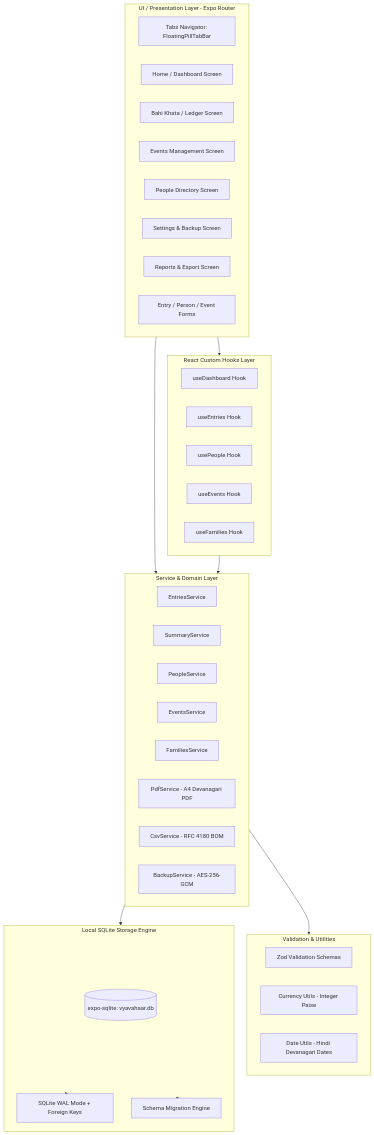
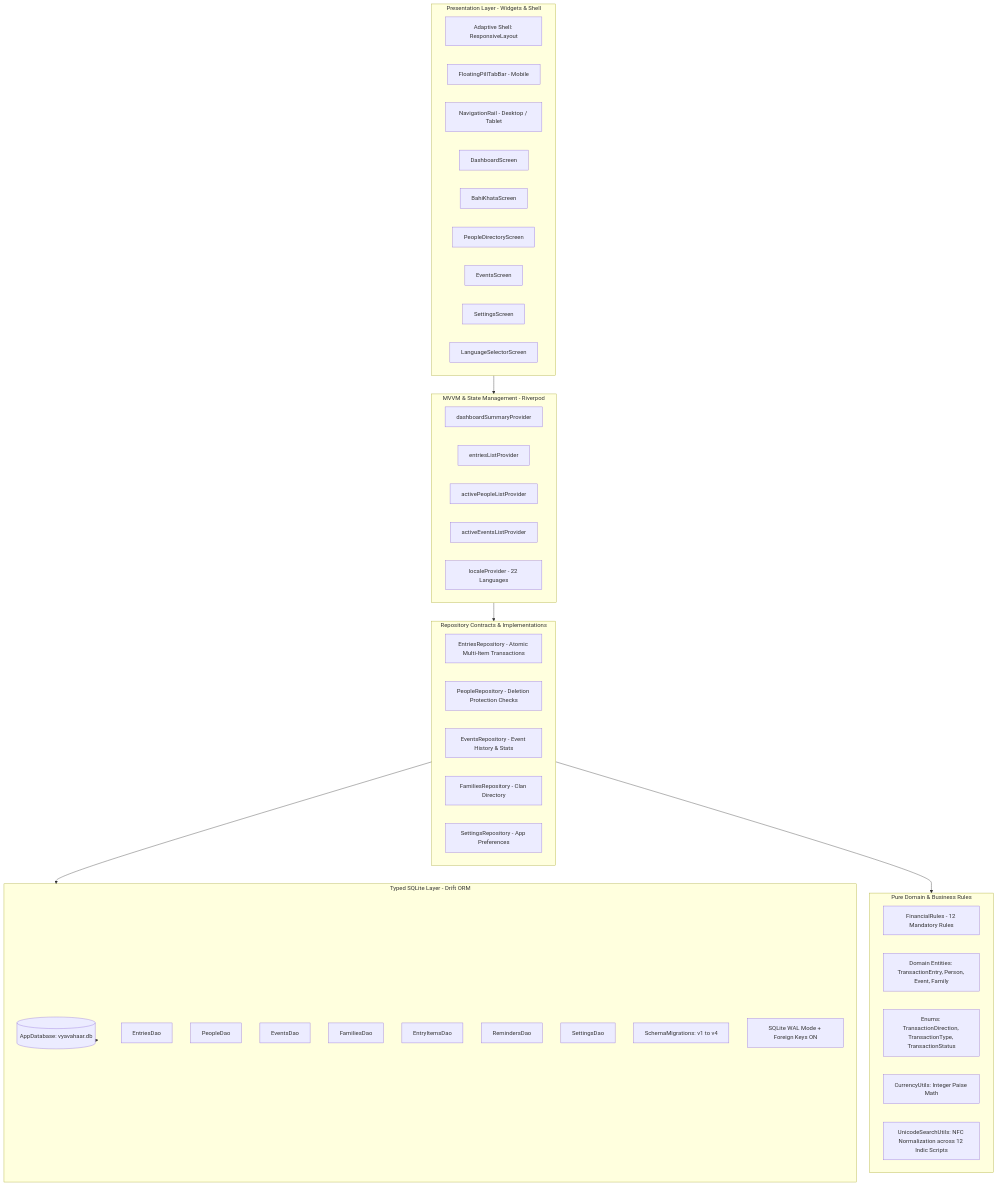
The diagram in docs/ARCHITECTURE.md (igjitendra/Vivah), drawn with Mermaid before and after one commit. The commit also changed other lines of this file and 11 other files, not shown here.

First line of the commit message:
docs(tech-stack): validate tech stack, security architecture, and documentation corrections

````diff
--- a/docs/ARCHITECTURE.md
+++ b/docs/ARCHITECTURE.md
@@ -12,52 +15,57 @@
 ```mermaid
 flowchart TD
-    subgraph UI_Layer [UI / Presentation Layer - Expo Router]
-        Tabs[Tabs Navigator: FloatingPillTabBar]
-        HomeScreen[Home / Dashboard Screen]
-        BahiScreen[Bahi Khata / Ledger Screen]
-        EventsScreen[Events Management Screen]
-        PeopleScreen[People Directory Screen]
-        SettingsScreen[Settings & Backup Screen]
-        ReportsScreen[Reports & Export Screen]
-        Modals[Entry / Person / Event Forms]
+    subgraph Presentation_Layer [Presentation Layer - Widgets & Shell]
+        Shell[Adaptive Shell: ResponsiveLayout]
+        FloatingBar[FloatingPillTabBar - Mobile]
+        Sidebar[NavigationRail - Desktop / Tablet]
+        DashboardView[DashboardScreen]
+        LedgerView[BahiKhataScreen]
+        PeopleView[PeopleDirectoryScreen]
+        EventsView[EventsScreen]
+        SettingsView[SettingsScreen]
+        LangSelector[LanguageSelectorScreen]
     end
 
-    subgraph Hook_Layer [React Custom Hooks Layer]
-        useDashboard[useDashboard Hook]
-        useEntries[useEntries Hook]
-        usePeople[usePeople Hook]
-        useEvents[useEvents Hook]
-        useFamilies[useFamilies Hook]
+    subgraph State_Layer [MVVM & State Management - Riverpod]
+        DashboardNotifier[dashboardSummaryProvider]
+        EntriesNotifier[entriesListProvider]
+        PeopleNotifier[activePeopleListProvider]
+        EventsNotifier[activeEventsListProvider]
+        LocaleNotifier[localeProvider - 22 Languages]
     end
 
-    subgraph Service_Layer [Service & Domain Layer]
-        EntriesService[EntriesService]
-        SummaryService[SummaryService]
-        PeopleService[PeopleService]
-        EventsService[EventsService]
-        FamiliesService[FamiliesService]
-        PdfService[PdfService - A4 Devanagari PDF]
-        CsvService[CsvService - RFC 4180 BOM]
-        BackupService[BackupService - AES-256-GCM]
+    subgraph Domain_Layer [Pure Domain & Business Rules]
+        FinancialRules[FinancialRules - 12 Mandatory Rules]
+        Entities[Domain Entities: TransactionEntry, Person, Event, Family]
+        Enums[Enums: TransactionDirection, TransactionType, TransactionStatus]
+        CurrencyMath[CurrencyUtils: Integer Paise Math]
+        SearchUtils[UnicodeSearchUtils: NFC Normalization across 12 Indic Scripts]
     end
 
-    subgraph Validation_Layer [Validation & Utilities]
-        ZodSchemas[Zod Validation Schemas]
-        CurrencyUtils[Currency Utils - Integer Paise]
-        DateUtils[Date Utils - Hindi Devanagari Dates]
+    subgraph Repository_Layer [Repository Contracts & Implementations]
+        EntriesRepo[EntriesRepository - Atomic Multi-Item Transactions]
+        PeopleRepo[PeopleRepository - Deletion Protection Checks]
+        EventsRepo[EventsRepository - Event History & Stats]
+        FamiliesRepo[FamiliesRepository - Clan Directory]
+        SettingsRepo[SettingsRepository - App Preferences]
     end
 
-    subgraph Data_Layer [Local SQLite Storage Engine]
-        DB[(expo-sqlite: vyavahaar.db)]
-        WAL[SQLite WAL Mode + Foreign Keys]
-        Migrations[Schema Migration Engine]
+    subgraph Data_Layer [Typed SQLite Layer - Drift ORM]
+        AppDb[(AppDatabase: vyavahaar.db)]
+        EntriesDao[EntriesDao]
+        PeopleDao[PeopleDao]
+        EventsDao[EventsDao]
+        FamiliesDao[FamiliesDao]
+        EntryItemsDao[EntryItemsDao]
+        RemindersDao[RemindersDao]
+        SettingsDao[SettingsDao]
+        Migrations[SchemaMigrations: v1 to v4]
+        WAL[SQLite WAL Mode + Foreign Keys ON]
     end
 
-    UI_Layer --> Hook_Layer
-    UI_Layer --> Service_Layer
-    Hook_Layer --> Service_Layer
-    Service_Layer --> Validation_Layer
-    Service_Layer --> Data_Layer
-    Data_Layer --> WAL
-    Data_Layer --> Migrations
+    Presentation_Layer --> State_Layer
+    State_Layer --> Repository_Layer
+    Repository_Layer --> Domain_Layer
+    Repository_Layer --> Data_Layer
+    Data_Layer --> AppDb
 ```
````
